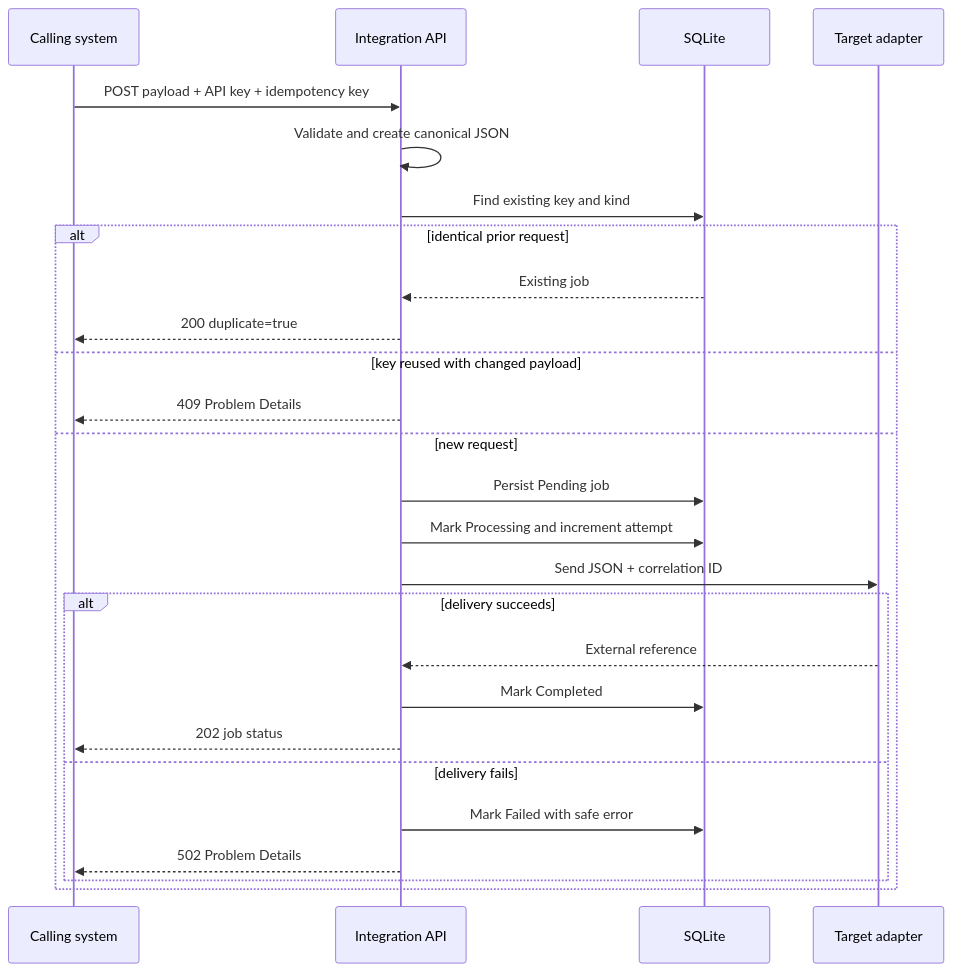
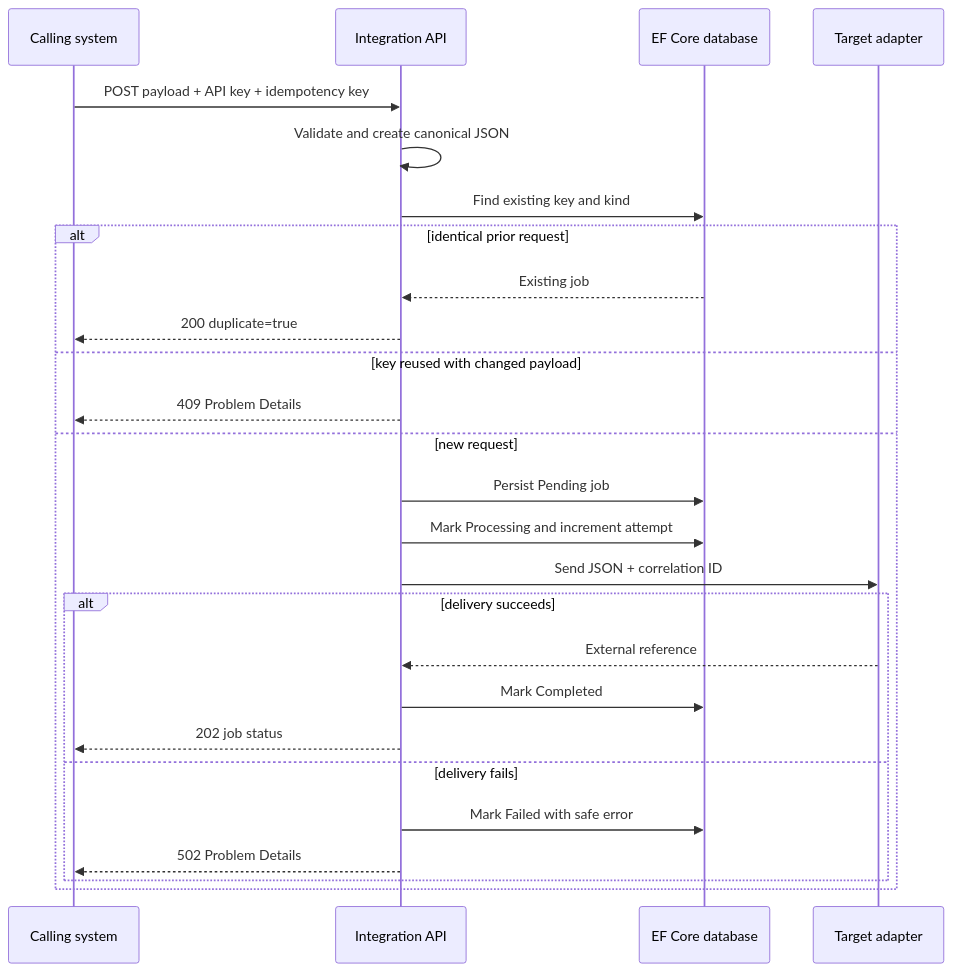
The diagram in docs/architecture.md (pthanureddy/business-application-integration-service), drawn with Mermaid before and after one commit. The commit also changed other lines of this file and 13 other files, not shown here.

````diff
--- a/docs/architecture.md
+++ b/docs/architecture.md
@@ -18,29 +19,29 @@
 ```mermaid
 sequenceDiagram
     participant C as Calling system
     participant A as Integration API
-    participant D as SQLite
+    participant D as EF Core database
     participant T as Target adapter
 
     C->>A: POST payload + API key + idempotency key
     A->>A: Validate and create canonical JSON
     A->>D: Find existing key and kind
     alt identical prior request
         D-->>A: Existing job
         A-->>C: 200 duplicate=true
     else key reused with changed payload
         A-->>C: 409 Problem Details
     else new request
         A->>D: Persist Pending job
         A->>D: Mark Processing and increment attempt
         A->>T: Send JSON + correlation ID
         alt delivery succeeds
             T-->>A: External reference
             A->>D: Mark Completed
             A-->>C: 202 job status
         else delivery fails
             A->>D: Mark Failed with safe error
             A-->>C: 502 Problem Details
         end
     end
 ```
````
